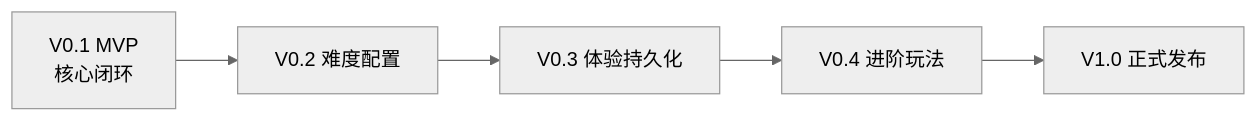
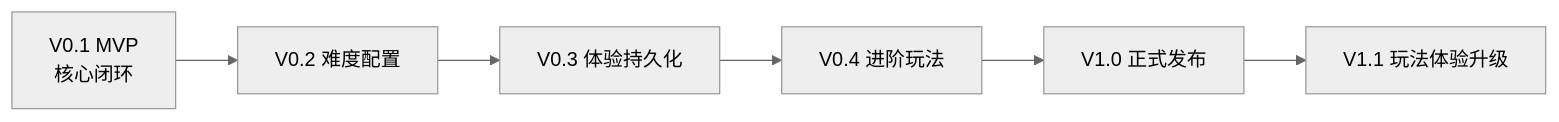
The diagram in docs/02-功能点迭代文档.md (514215834/TinyPuzzle), drawn with Mermaid (neutral theme) before and after one commit. The commit also changed other lines of this file and 2 other files, not shown here.

````diff
--- a/docs/02-功能点迭代文档.md
+++ b/docs/02-功能点迭代文档.md
@@ -234,7 +287,8 @@
 ```mermaid
 flowchart LR
     V01["V0.1 MVP<br/>核心闭环"] --> V02["V0.2 难度配置"]
     V02 --> V03["V0.3 体验持久化"]
     V03 --> V04["V0.4 进阶玩法"]
     V04 --> V10["V1.0 正式发布"]
+    V10 --> V11["V1.1 玩法体验升级"]
 ```
````
